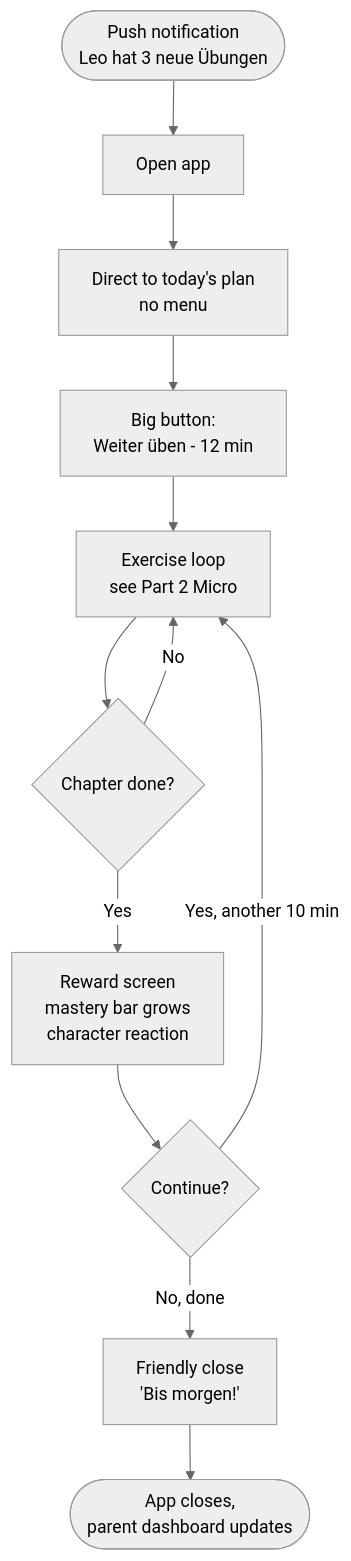
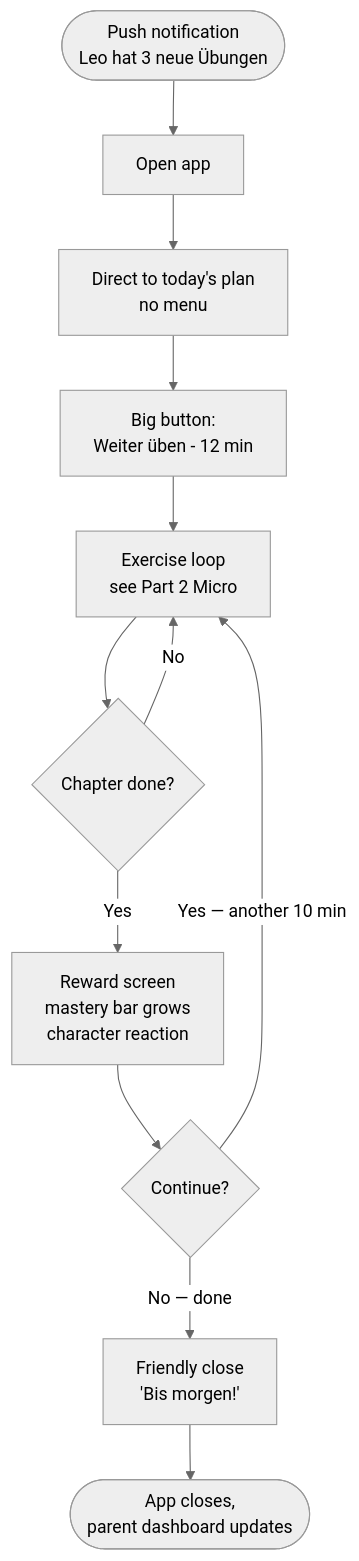
The diagram in diagrams/3-2-child-flow-daily-habit-session.mmd (romank-crisp/gymi-pruf), drawn with Mermaid (neutral theme) before and after one commit.

Commit message:
diagrams: fix comma in edge labels breaking FigJam import

```diff
--- a/diagrams/3-2-child-flow-daily-habit-session.mmd
+++ b/diagrams/3-2-child-flow-daily-habit-session.mmd
@@ -1,12 +1,12 @@
 flowchart TD
     N([Push notification<br/>Leo hat 3 neue Übungen]) --> O[Open app]
     O --> T[Direct to today's plan<br/>no menu]
     T --> C1[Big button:<br/>Weiter üben - 12 min]
     C1 --> E[Exercise loop<br/>see Part 2 Micro]
     E --> CH{Chapter done?}
     CH -->|No| E
     CH -->|Yes| R[Reward screen<br/>mastery bar grows<br/>character reaction]
     R --> Q{Continue?}
-    Q -->|Yes, another 10 min| E
-    Q -->|No, done| X[Friendly close<br/>'Bis morgen!']
+    Q -->|Yes — another 10 min| E
+    Q -->|No — done| X[Friendly close<br/>'Bis morgen!']
     X --> End([App closes,<br/>parent dashboard updates])
```
